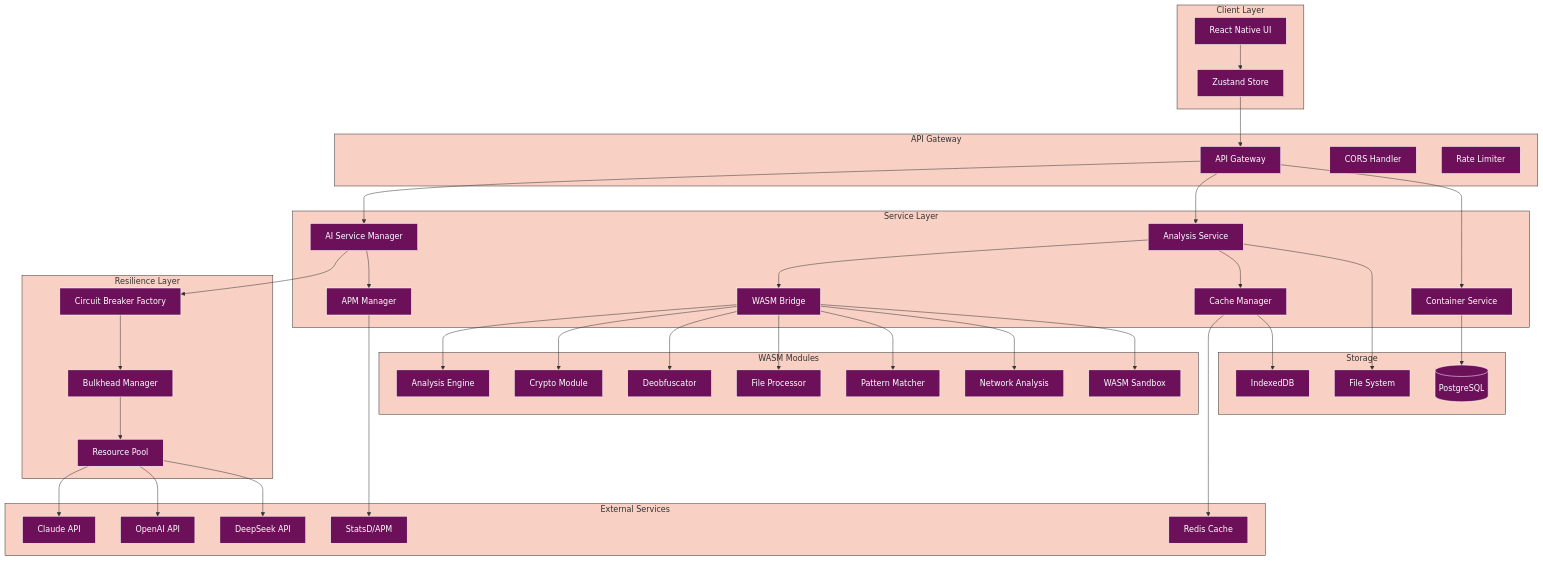
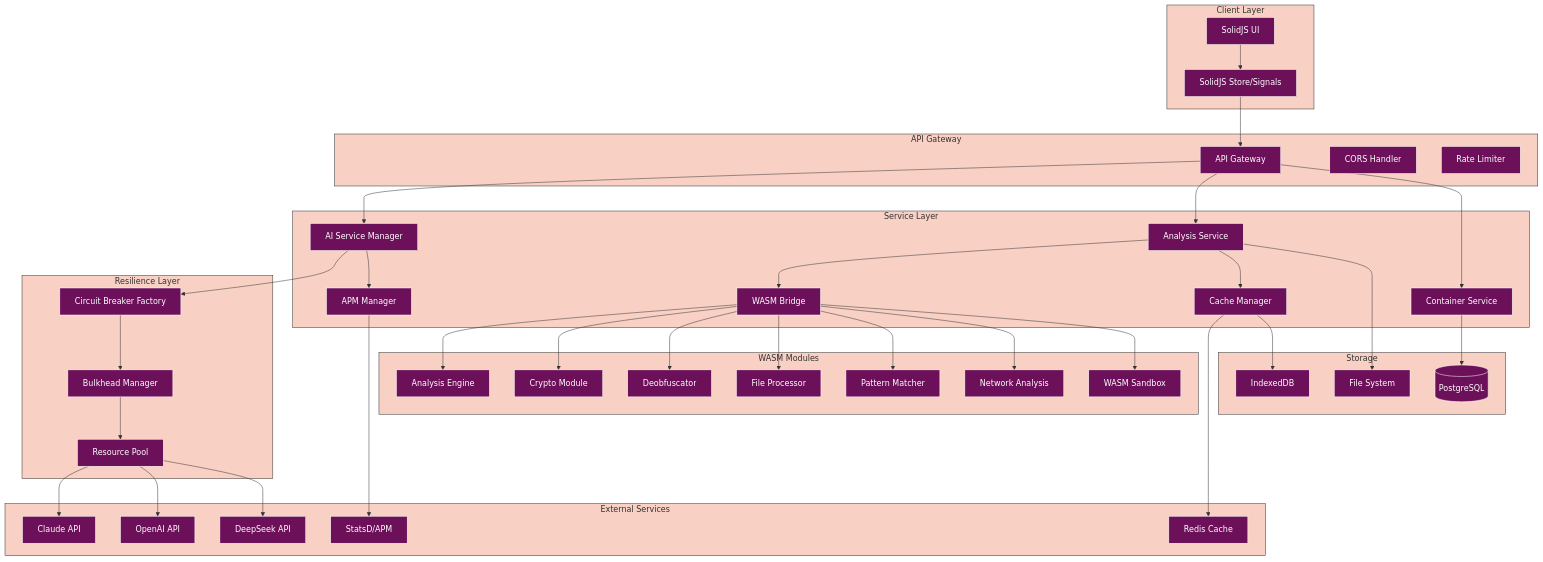
One commit to radicalkjax/Athena changed the first of 26 diagrams in docs/ARCHITECTURE.md. Above: the diagram before and after it, drawn with Mermaid. The commit also changed other lines of this file and 21 other files, not shown here.

```diff
--- a/docs/ARCHITECTURE.md
+++ b/docs/ARCHITECTURE.md
@@ -93,8 +93,8 @@
 }}%%
 graph TB
     subgraph "Client Layer"
-        UI[React Native UI]
-        Store[Zustand Store]
+        UI[SolidJS UI]
+        Store[SolidJS Store/Signals]
     end
     
     subgraph "API Gateway"
```
